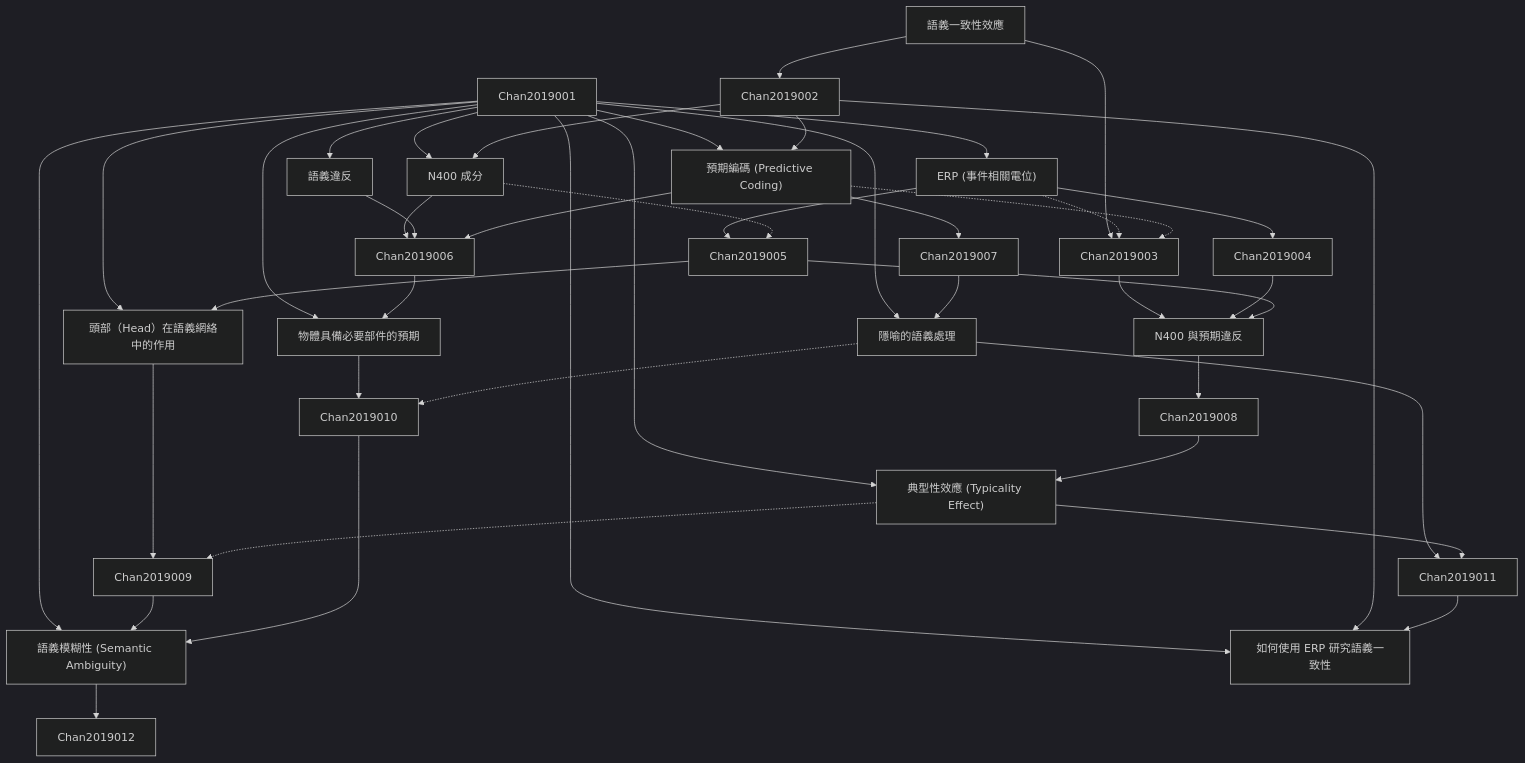
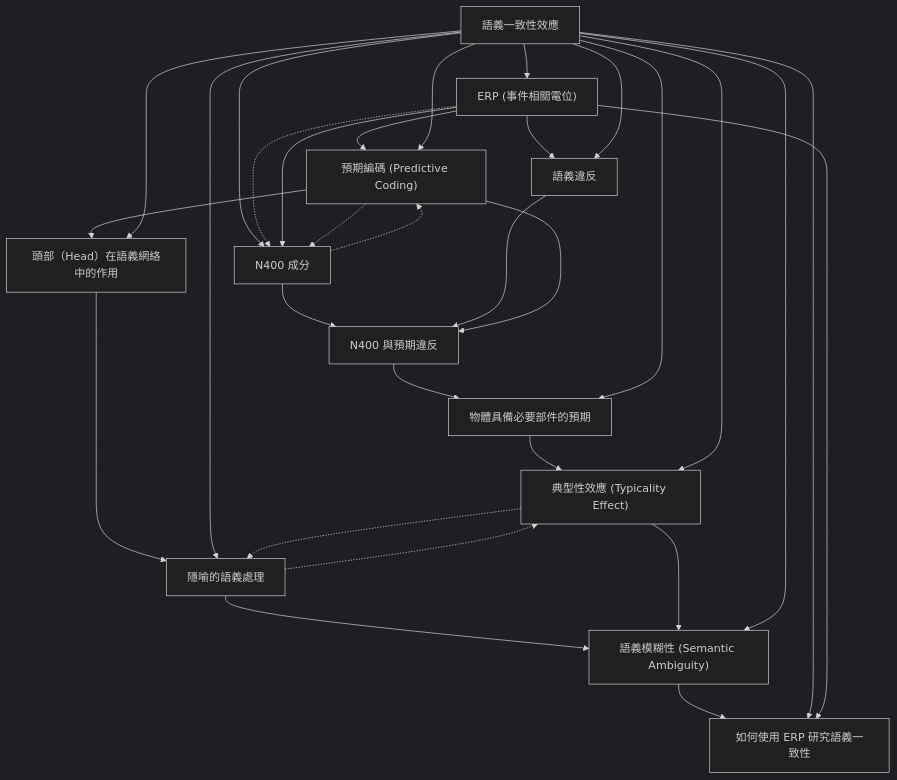
One commit to SCgeeker/Claude_Journal_Club_Agents changed the diagram in output/zettelkasten_notes/zettel_Chan-2019_20251104/zettel_index.md. Above: the diagram before and after it, drawn with Mermaid (dark theme). The commit also changed 776 other files, not shown here.

````diff
--- a/output/zettelkasten_notes/zettel_Chan-2019_20251104/zettel_index.md
+++ b/output/zettelkasten_notes/zettel_Chan-2019_20251104/zettel_index.md
@@ -116,88 +116,70 @@
 
     Chan-2019-012["如何使用 ERP 研究語義一致性"]
 
-    Chan-2019-001 --> Chan2019002
+    Chan-2019-001 --> Chan-2019-002
 
-    Chan-2019-001 --> Chan2019003
+    Chan-2019-001 --> Chan-2019-003
 
-    Chan2019001 --> Chan-2019-002
 
-    Chan-2019-002 --> Chan2019004
+    Chan-2019-002 --> Chan-2019-004
 
-    Chan-2019-002 --> Chan2019005
+    Chan-2019-002 --> Chan-2019-005
 
-    Chan-2019-002 -.-> Chan2019003
+    Chan-2019-002 -.-> Chan-2019-003
 
-    Chan2019001 --> Chan-2019-003
 
-    Chan2019002 --> Chan-2019-003
+    Chan-2019-002 --> Chan-2019-003
 
-    Chan-2019-003 --> Chan2019006
+    Chan-2019-003 --> Chan-2019-006
 
-    Chan-2019-003 -.-> Chan2019005
+    Chan-2019-003 -.-> Chan-2019-005
 
-    Chan2019001 --> Chan-2019-004
+    Chan-2019-001 --> Chan-2019-004
 
-    Chan-2019-004 --> Chan2019006
+    Chan-2019-004 --> Chan-2019-006
 
-    Chan2019001 --> Chan-2019-005
+    Chan-2019-001 --> Chan-2019-005
 
-    Chan2019002 --> Chan-2019-005
 
-    Chan-2019-005 --> Chan2019006
+    Chan-2019-005 --> Chan-2019-006
 
-    Chan-2019-005 --> Chan2019007
+    Chan-2019-005 --> Chan-2019-007
 
-    Chan-2019-005 -.-> Chan2019003
+    Chan-2019-005 -.-> Chan-2019-003
 
-    Chan2019003 --> Chan-2019-006
+    Chan-2019-006 --> Chan-2019-008
 
-    Chan2019004 --> Chan-2019-006
+    Chan-2019-001 --> Chan-2019-007
 
-    Chan2019005 --> Chan-2019-006
 
-    Chan-2019-006 --> Chan2019008
+    Chan-2019-007 --> Chan-2019-009
 
-    Chan2019001 --> Chan-2019-007
+    Chan-2019-001 --> Chan-2019-008
 
-    Chan2019005 --> Chan-2019-007
 
-    Chan-2019-007 --> Chan2019009
+    Chan-2019-008 --> Chan-2019-010
 
-    Chan2019001 --> Chan-2019-008
+    Chan-2019-001 --> Chan-2019-009
 
-    Chan2019006 --> Chan-2019-008
 
-    Chan-2019-008 --> Chan2019010
+    Chan-2019-009 --> Chan-2019-011
 
-    Chan2019001 --> Chan-2019-009
+    Chan-2019-009 -.-> Chan-2019-010
 
-    Chan2019007 --> Chan-2019-009
+    Chan-2019-001 --> Chan-2019-010
 
-    Chan-2019-009 --> Chan2019011
 
-    Chan-2019-009 -.-> Chan2019010
+    Chan-2019-010 --> Chan-2019-011
 
-    Chan2019001 --> Chan-2019-010
+    Chan-2019-010 -.-> Chan-2019-009
 
-    Chan2019008 --> Chan-2019-010
+    Chan-2019-001 --> Chan-2019-011
 
-    Chan-2019-010 --> Chan2019011
+    Chan-2019-011 --> Chan-2019-012
 
-    Chan-2019-010 -.-> Chan2019009
+    Chan-2019-001 --> Chan-2019-012
 
-    Chan2019001 --> Chan-2019-011
+    Chan-2019-002 --> Chan-2019-012
 
-    Chan2019009 --> Chan-2019-011
-
-    Chan2019010 --> Chan-2019-011
-
-    Chan-2019-011 --> Chan2019012
-
-    Chan2019001 --> Chan-2019-012
-
-    Chan2019002 --> Chan-2019-012
-
-    Chan2019011 --> Chan-2019-012
 
 ```
````
